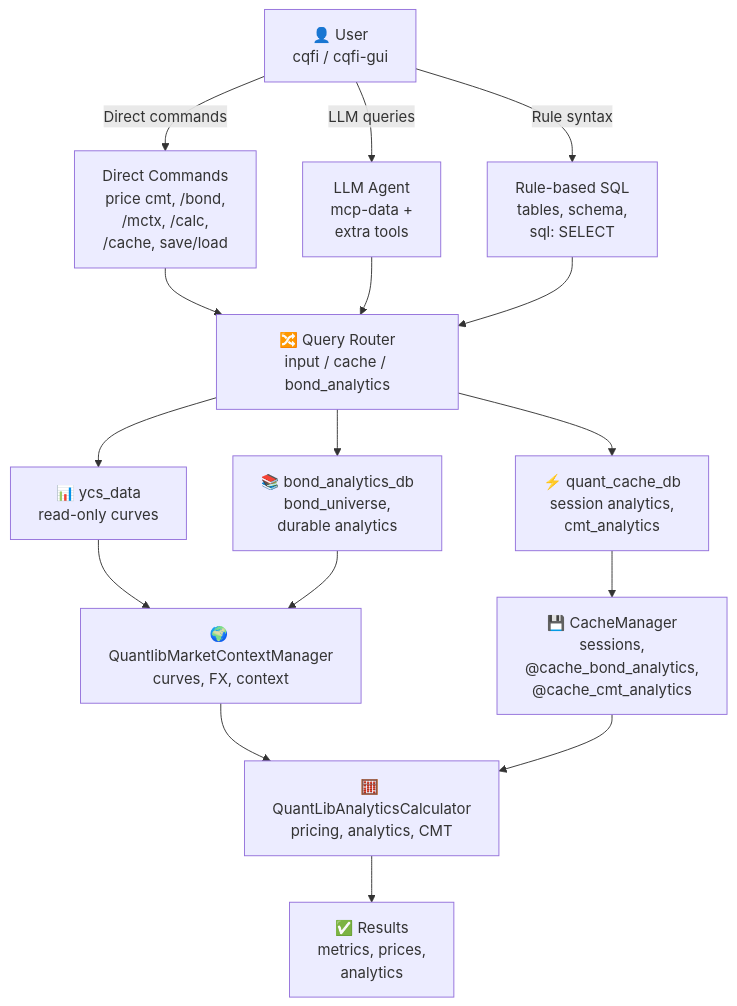
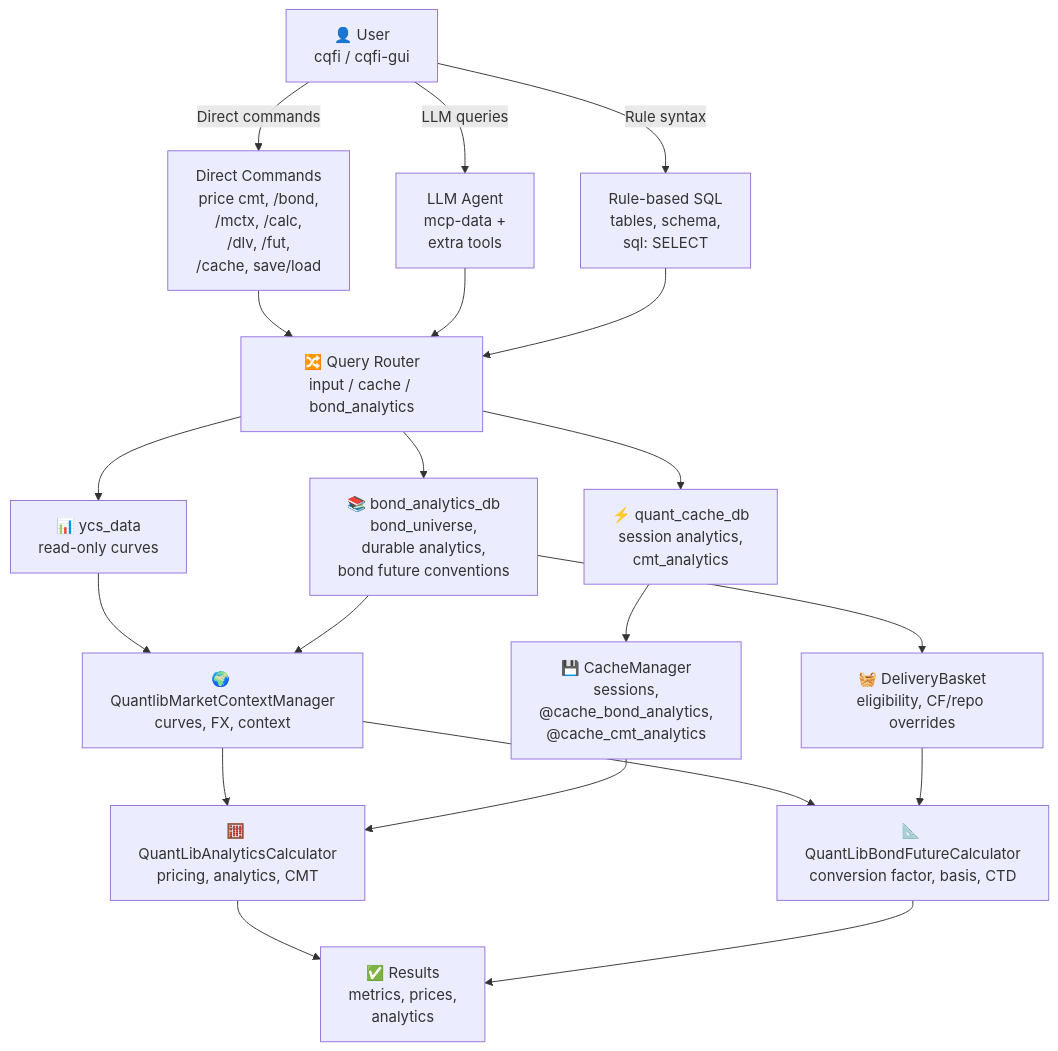
Before and after one commit to FulgentMcGuffin/cheapquant-fixed-income: the second of 2 diagrams in README.md, drawn with Mermaid. The commit also changed other lines of this file and 151 other files, not shown here.

First line of the commit message:
Update README.md to enhance clarity of user commands and architecture

````diff
--- a/README.md
+++ b/README.md
@@ -421,25 +758,29 @@
 ```mermaid
 flowchart TD
     User["👤 User<br/>cqfi / cqfi-gui"]
     
-    User -->|Direct commands| DCmd["Direct Commands<br/>price cmt, /bond,<br/>/mctx, /calc,<br/>/cache, save/load"]
+    User -->|Direct commands| DCmd["Direct Commands<br/>price cmt, /bond,<br/>/mctx, /calc,<br/>/dlv, /fut,<br/>/cache, save/load"]
     User -->|LLM queries| LLM["LLM Agent<br/>mcp-data +<br/>extra tools"]
     User -->|Rule syntax| Rules["Rule-based SQL<br/>tables, schema,<br/>sql: SELECT"]
     
     DCmd --> Router["🔀 Query Router<br/>input / cache / bond_analytics"]
     LLM --> Router
     Rules --> Router
     
     Router --> YCS["📊 ycs_data<br/>read-only curves"]
-    Router --> Bond["📚 bond_analytics_db<br/>bond_universe,<br/>durable analytics"]
+    Router --> Bond["📚 bond_analytics_db<br/>bond_universe,<br/>durable analytics,<br/>bond future conventions"]
     Router --> Cache["⚡ quant_cache_db<br/>session analytics,<br/>cmt_analytics"]
     
     YCS --> MktCtx["🌍 QuantlibMarketContextManager<br/>curves, FX, context"]
     Bond --> MktCtx
     Cache --> CacheMgr["💾 CacheManager<br/>sessions,<br/>@cache_bond_analytics,<br/>@cache_cmt_analytics"]
     
     MktCtx --> Calc["🧮 QuantLibAnalyticsCalculator<br/>pricing, analytics, CMT"]
+    MktCtx --> FutCalc["📐 QuantLibBondFutureCalculator<br/>conversion factor, basis, CTD"]
     CacheMgr --> Calc
+    Bond --> Basket["🧺 DeliveryBasket<br/>eligibility, CF/repo overrides"]
+    Basket --> FutCalc
     
     Calc --> Result["✅ Results<br/>metrics, prices,<br/>analytics"]
+    FutCalc --> Result
 ```
````
